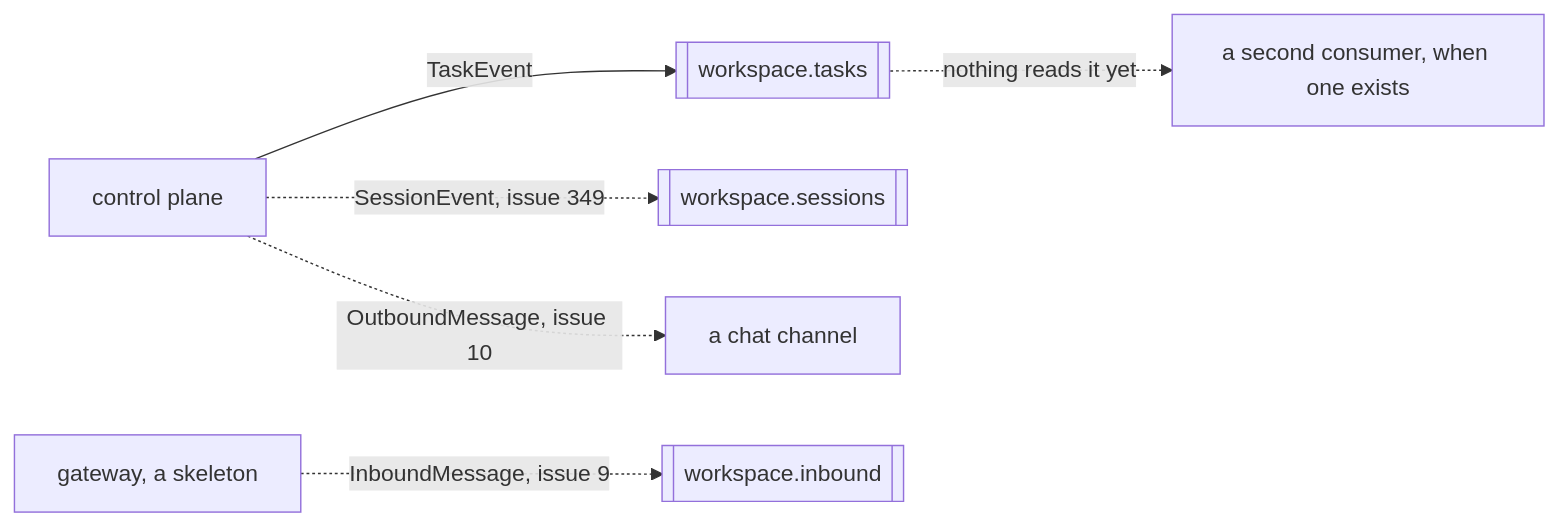
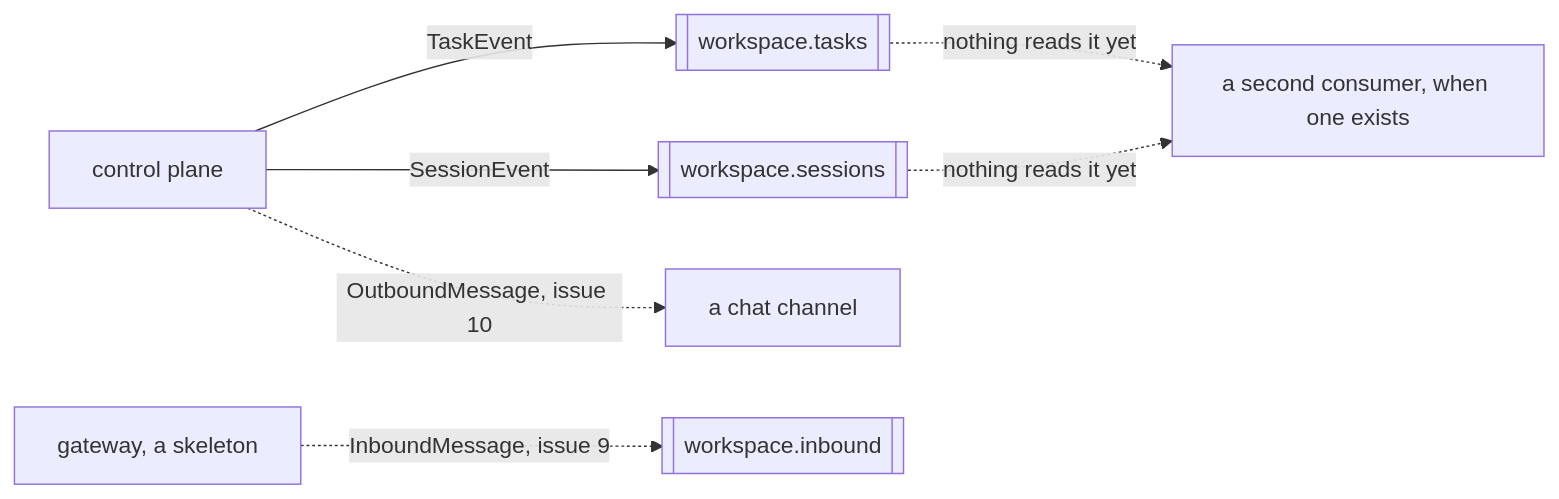
The first of 2 diagrams in docs/EVENTS.md (atlantic-blue/quay-crew), drawn with Mermaid before and after one commit. The commit also changed other lines of this file and 18 other files, not shown here.

````diff
--- a/docs/EVENTS.md
+++ b/docs/EVENTS.md
@@ -100,8 +116,9 @@
 ```mermaid
 flowchart LR
     CP["control plane"] -->|"TaskEvent"| TASKS[["workspace.tasks"]]
     TASKS -.->|"nothing reads it yet"| SECOND["a second consumer, when one exists"]
-    CP -. "SessionEvent, issue 349" .-> SESSIONS[["workspace.sessions"]]
+    CP -->|"SessionEvent"| SESSIONS[["workspace.sessions"]]
+    SESSIONS -.->|"nothing reads it yet"| SECOND
     GW["gateway, a skeleton"] -. "InboundMessage, issue 9" .-> IN[["workspace.inbound"]]
     CP -. "OutboundMessage, issue 10" .-> OUT["a chat channel"]
 ```
````
